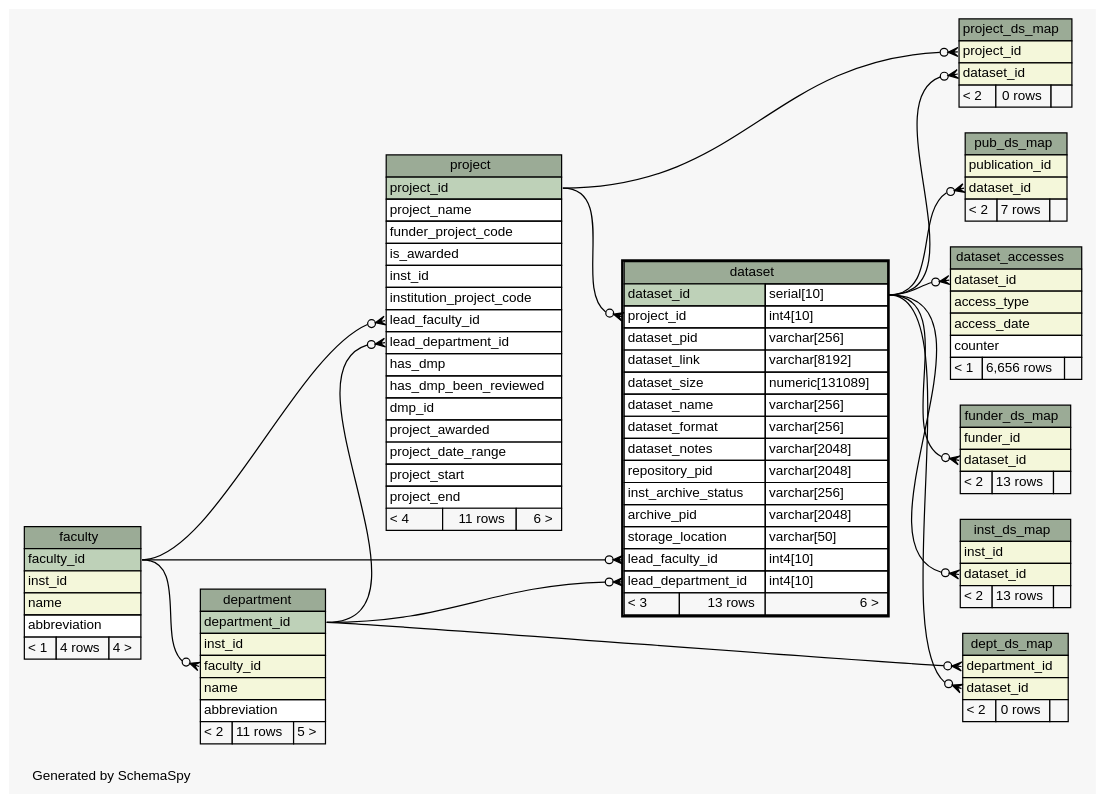
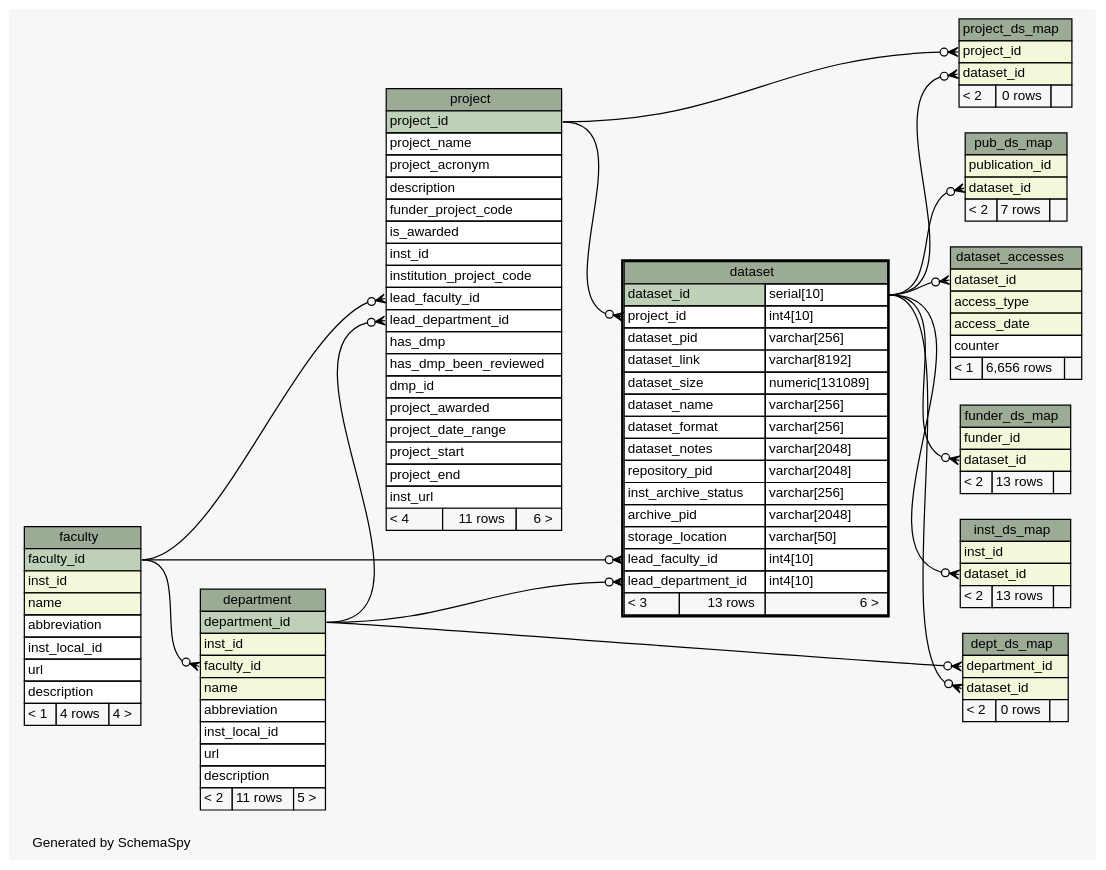
The diagram in ss.out/diagrams/dataset.1degree.dot (lulibrary/dmao_infrastructure), drawn with Graphviz before and after one commit. The commit also changed 120 other files, not shown here.

```diff
--- a/ss.out/diagrams/dataset.1degree.dot
+++ b/ss.out/diagrams/dataset.1degree.dot
@@ -1,178 +1,187 @@
-// dot 2.36.0 on Linux 3.13.0-62-generic
+// dot 2.38.0 on Linux 3.16.0-4-amd64
 // SchemaSpy rev 590
 digraph "oneDegreeRelationshipsDiagram" {
   graph [
     rankdir="RL"
     bgcolor="#f7f7f7"
     label="\nGenerated by SchemaSpy"
     labeljust="l"
     nodesep="0.18"
     ranksep="0.46"
     fontname="Helvetica"
     fontsize="11"
   ];
   node [
     fontname="Helvetica"
     fontsize="11"
     shape="plaintext"
   ];
   edge [
     arrowsize="0.8"
   ];
   "dataset":"lead_department_id":w -> "department":"department_id":e [arrowhead=none dir=back arrowtail=crowodot];
   "dataset":"lead_faculty_id":w -> "faculty":"faculty_id":e [arrowhead=none dir=back arrowtail=crowodot];
   "dataset":"project_id":w -> "project":"project_id":e [arrowhead=none dir=back arrowtail=crowodot];
   "dataset_accesses":"dataset_id":w -> "dataset":"dataset_id.type":e [arrowhead=none dir=back arrowtail=crowodot];
   "department":"faculty_id":w -> "faculty":"faculty_id":e [arrowhead=none dir=back arrowtail=crowodot];
   "dept_ds_map":"dataset_id":w -> "dataset":"dataset_id.type":e [arrowhead=none dir=back arrowtail=crowodot];
   "dept_ds_map":"department_id":w -> "department":"department_id":e [arrowhead=none dir=back arrowtail=crowodot];
   "funder_ds_map":"dataset_id":w -> "dataset":"dataset_id.type":e [arrowhead=none dir=back arrowtail=crowodot];
   "inst_ds_map":"dataset_id":w -> "dataset":"dataset_id.type":e [arrowhead=none dir=back arrowtail=crowodot];
   "project":"lead_department_id":w -> "department":"department_id":e [arrowhead=none dir=back arrowtail=crowodot];
   "project":"lead_faculty_id":w -> "faculty":"faculty_id":e [arrowhead=none dir=back arrowtail=crowodot];
   "project_ds_map":"dataset_id":w -> "dataset":"dataset_id.type":e [arrowhead=none dir=back arrowtail=crowodot];
   "project_ds_map":"project_id":w -> "project":"project_id":e [arrowhead=none dir=back arrowtail=crowodot];
   "pub_ds_map":"dataset_id":w -> "dataset":"dataset_id.type":e [arrowhead=none dir=back arrowtail=crowodot];
   "dataset" [
     label=<
     <TABLE BORDER="2" CELLBORDER="1" CELLSPACING="0" BGCOLOR="#ffffff">
       <TR><TD COLSPAN="3" BGCOLOR="#9bab96" ALIGN="CENTER">dataset</TD></TR>
       <TR><TD PORT="dataset_id" COLSPAN="2" BGCOLOR="#bed1b8" ALIGN="LEFT">dataset_id</TD><TD PORT="dataset_id.type" ALIGN="LEFT">serial[10]</TD></TR>
       <TR><TD PORT="project_id" COLSPAN="2" ALIGN="LEFT">project_id</TD><TD PORT="project_id.type" ALIGN="LEFT">int4[10]</TD></TR>
       <TR><TD PORT="dataset_pid" COLSPAN="2" ALIGN="LEFT">dataset_pid</TD><TD PORT="dataset_pid.type" ALIGN="LEFT">varchar[256]</TD></TR>
       <TR><TD PORT="dataset_link" COLSPAN="2" ALIGN="LEFT">dataset_link</TD><TD PORT="dataset_link.type" ALIGN="LEFT">varchar[8192]</TD></TR>
       <TR><TD PORT="dataset_size" COLSPAN="2" ALIGN="LEFT">dataset_size</TD><TD PORT="dataset_size.type" ALIGN="LEFT">numeric[131089]</TD></TR>
       <TR><TD PORT="dataset_name" COLSPAN="2" ALIGN="LEFT">dataset_name</TD><TD PORT="dataset_name.type" ALIGN="LEFT">varchar[256]</TD></TR>
       <TR><TD PORT="dataset_format" COLSPAN="2" ALIGN="LEFT">dataset_format</TD><TD PORT="dataset_format.type" ALIGN="LEFT">varchar[256]</TD></TR>
       <TR><TD PORT="dataset_notes" COLSPAN="2" ALIGN="LEFT">dataset_notes</TD><TD PORT="dataset_notes.type" ALIGN="LEFT">varchar[2048]</TD></TR>
       <TR><TD PORT="repository_pid" COLSPAN="2" ALIGN="LEFT">repository_pid</TD><TD PORT="repository_pid.type" ALIGN="LEFT">varchar[2048]</TD></TR>
       <TR><TD PORT="inst_archive_status" COLSPAN="2" ALIGN="LEFT">inst_archive_status</TD><TD PORT="inst_archive_status.type" ALIGN="LEFT">varchar[256]</TD></TR>
       <TR><TD PORT="archive_pid" COLSPAN="2" ALIGN="LEFT">archive_pid</TD><TD PORT="archive_pid.type" ALIGN="LEFT">varchar[2048]</TD></TR>
       <TR><TD PORT="storage_location" COLSPAN="2" ALIGN="LEFT">storage_location</TD><TD PORT="storage_location.type" ALIGN="LEFT">varchar[50]</TD></TR>
       <TR><TD PORT="lead_faculty_id" COLSPAN="2" ALIGN="LEFT">lead_faculty_id</TD><TD PORT="lead_faculty_id.type" ALIGN="LEFT">int4[10]</TD></TR>
       <TR><TD PORT="lead_department_id" COLSPAN="2" ALIGN="LEFT">lead_department_id</TD><TD PORT="lead_department_id.type" ALIGN="LEFT">int4[10]</TD></TR>
       <TR><TD ALIGN="LEFT" BGCOLOR="#f7f7f7">&lt; 3</TD><TD ALIGN="RIGHT" BGCOLOR="#f7f7f7">13 rows</TD><TD ALIGN="RIGHT" BGCOLOR="#f7f7f7">6 &gt;</TD></TR>
     </TABLE>>
     URL="dataset.html"
     tooltip="dataset"
   ];
   "dataset_accesses" [
     label=<
     <TABLE BORDER="0" CELLBORDER="1" CELLSPACING="0" BGCOLOR="#ffffff">
       <TR><TD COLSPAN="3" BGCOLOR="#9bab96" ALIGN="CENTER">dataset_accesses</TD></TR>
       <TR><TD PORT="dataset_id" COLSPAN="3" BGCOLOR="#f4f7da" ALIGN="LEFT">dataset_id</TD></TR>
       <TR><TD PORT="access_type" COLSPAN="3" BGCOLOR="#f4f7da" ALIGN="LEFT">access_type</TD></TR>
       <TR><TD PORT="access_date" COLSPAN="3" BGCOLOR="#f4f7da" ALIGN="LEFT">access_date</TD></TR>
       <TR><TD PORT="counter" COLSPAN="3" ALIGN="LEFT">counter</TD></TR>
       <TR><TD ALIGN="LEFT" BGCOLOR="#f7f7f7">&lt; 1</TD><TD ALIGN="RIGHT" BGCOLOR="#f7f7f7">6,656 rows</TD><TD ALIGN="RIGHT" BGCOLOR="#f7f7f7">  </TD></TR>
     </TABLE>>
     URL="dataset_accesses.html"
     tooltip="dataset_accesses"
   ];
   "department" [
     label=<
     <TABLE BORDER="0" CELLBORDER="1" CELLSPACING="0" BGCOLOR="#ffffff">
       <TR><TD COLSPAN="3" BGCOLOR="#9bab96" ALIGN="CENTER">department</TD></TR>
       <TR><TD PORT="department_id" COLSPAN="3" BGCOLOR="#bed1b8" ALIGN="LEFT">department_id</TD></TR>
       <TR><TD PORT="inst_id" COLSPAN="3" BGCOLOR="#f4f7da" ALIGN="LEFT">inst_id</TD></TR>
       <TR><TD PORT="faculty_id" COLSPAN="3" BGCOLOR="#f4f7da" ALIGN="LEFT">faculty_id</TD></TR>
       <TR><TD PORT="name" COLSPAN="3" BGCOLOR="#f4f7da" ALIGN="LEFT">name</TD></TR>
       <TR><TD PORT="abbreviation" COLSPAN="3" ALIGN="LEFT">abbreviation</TD></TR>
+      <TR><TD PORT="inst_local_id" COLSPAN="3" ALIGN="LEFT">inst_local_id</TD></TR>
+      <TR><TD PORT="url" COLSPAN="3" ALIGN="LEFT">url</TD></TR>
+      <TR><TD PORT="description" COLSPAN="3" ALIGN="LEFT">description</TD></TR>
       <TR><TD ALIGN="LEFT" BGCOLOR="#f7f7f7">&lt; 2</TD><TD ALIGN="RIGHT" BGCOLOR="#f7f7f7">11 rows</TD><TD ALIGN="RIGHT" BGCOLOR="#f7f7f7">5 &gt;</TD></TR>
     </TABLE>>
     URL="department.html"
     tooltip="department"
   ];
   "dept_ds_map" [
     label=<
     <TABLE BORDER="0" CELLBORDER="1" CELLSPACING="0" BGCOLOR="#ffffff">
       <TR><TD COLSPAN="3" BGCOLOR="#9bab96" ALIGN="CENTER">dept_ds_map</TD></TR>
       <TR><TD PORT="department_id" COLSPAN="3" BGCOLOR="#f4f7da" ALIGN="LEFT">department_id</TD></TR>
       <TR><TD PORT="dataset_id" COLSPAN="3" BGCOLOR="#f4f7da" ALIGN="LEFT">dataset_id</TD></TR>
       <TR><TD ALIGN="LEFT" BGCOLOR="#f7f7f7">&lt; 2</TD><TD ALIGN="RIGHT" BGCOLOR="#f7f7f7">0 rows</TD><TD ALIGN="RIGHT" BGCOLOR="#f7f7f7">  </TD></TR>
     </TABLE>>
     URL="dept_ds_map.html"
     tooltip="dept_ds_map"
   ];
   "faculty" [
     label=<
     <TABLE BORDER="0" CELLBORDER="1" CELLSPACING="0" BGCOLOR="#ffffff">
       <TR><TD COLSPAN="3" BGCOLOR="#9bab96" ALIGN="CENTER">faculty</TD></TR>
       <TR><TD PORT="faculty_id" COLSPAN="3" BGCOLOR="#bed1b8" ALIGN="LEFT">faculty_id</TD></TR>
       <TR><TD PORT="inst_id" COLSPAN="3" BGCOLOR="#f4f7da" ALIGN="LEFT">inst_id</TD></TR>
       <TR><TD PORT="name" COLSPAN="3" BGCOLOR="#f4f7da" ALIGN="LEFT">name</TD></TR>
       <TR><TD PORT="abbreviation" COLSPAN="3" ALIGN="LEFT">abbreviation</TD></TR>
+      <TR><TD PORT="inst_local_id" COLSPAN="3" ALIGN="LEFT">inst_local_id</TD></TR>
+      <TR><TD PORT="url" COLSPAN="3" ALIGN="LEFT">url</TD></TR>
+      <TR><TD PORT="description" COLSPAN="3" ALIGN="LEFT">description</TD></TR>
       <TR><TD ALIGN="LEFT" BGCOLOR="#f7f7f7">&lt; 1</TD><TD ALIGN="RIGHT" BGCOLOR="#f7f7f7">4 rows</TD><TD ALIGN="RIGHT" BGCOLOR="#f7f7f7">4 &gt;</TD></TR>
     </TABLE>>
     URL="faculty.html"
     tooltip="faculty"
   ];
   "funder_ds_map" [
     label=<
     <TABLE BORDER="0" CELLBORDER="1" CELLSPACING="0" BGCOLOR="#ffffff">
       <TR><TD COLSPAN="3" BGCOLOR="#9bab96" ALIGN="CENTER">funder_ds_map</TD></TR>
       <TR><TD PORT="funder_id" COLSPAN="3" BGCOLOR="#f4f7da" ALIGN="LEFT">funder_id</TD></TR>
       <TR><TD PORT="dataset_id" COLSPAN="3" BGCOLOR="#f4f7da" ALIGN="LEFT">dataset_id</TD></TR>
       <TR><TD ALIGN="LEFT" BGCOLOR="#f7f7f7">&lt; 2</TD><TD ALIGN="RIGHT" BGCOLOR="#f7f7f7">13 rows</TD><TD ALIGN="RIGHT" BGCOLOR="#f7f7f7">  </TD></TR>
     </TABLE>>
     URL="funder_ds_map.html"
     tooltip="funder_ds_map"
   ];
   "inst_ds_map" [
     label=<
     <TABLE BORDER="0" CELLBORDER="1" CELLSPACING="0" BGCOLOR="#ffffff">
       <TR><TD COLSPAN="3" BGCOLOR="#9bab96" ALIGN="CENTER">inst_ds_map</TD></TR>
       <TR><TD PORT="inst_id" COLSPAN="3" BGCOLOR="#f4f7da" ALIGN="LEFT">inst_id</TD></TR>
       <TR><TD PORT="dataset_id" COLSPAN="3" BGCOLOR="#f4f7da" ALIGN="LEFT">dataset_id</TD></TR>
       <TR><TD ALIGN="LEFT" BGCOLOR="#f7f7f7">&lt; 2</TD><TD ALIGN="RIGHT" BGCOLOR="#f7f7f7">13 rows</TD><TD ALIGN="RIGHT" BGCOLOR="#f7f7f7">  </TD></TR>
     </TABLE>>
     URL="inst_ds_map.html"
     tooltip="inst_ds_map"
   ];
   "project" [
     label=<
     <TABLE BORDER="0" CELLBORDER="1" CELLSPACING="0" BGCOLOR="#ffffff">
       <TR><TD COLSPAN="3" BGCOLOR="#9bab96" ALIGN="CENTER">project</TD></TR>
       <TR><TD PORT="project_id" COLSPAN="3" BGCOLOR="#bed1b8" ALIGN="LEFT">project_id</TD></TR>
       <TR><TD PORT="project_name" COLSPAN="3" ALIGN="LEFT">project_name</TD></TR>
+      <TR><TD PORT="project_acronym" COLSPAN="3" ALIGN="LEFT">project_acronym</TD></TR>
+      <TR><TD PORT="description" COLSPAN="3" ALIGN="LEFT">description</TD></TR>
       <TR><TD PORT="funder_project_code" COLSPAN="3" ALIGN="LEFT">funder_project_code</TD></TR>
       <TR><TD PORT="is_awarded" COLSPAN="3" ALIGN="LEFT">is_awarded</TD></TR>
       <TR><TD PORT="inst_id" COLSPAN="3" ALIGN="LEFT">inst_id</TD></TR>
       <TR><TD PORT="institution_project_code" COLSPAN="3" ALIGN="LEFT">institution_project_code</TD></TR>
       <TR><TD PORT="lead_faculty_id" COLSPAN="3" ALIGN="LEFT">lead_faculty_id</TD></TR>
       <TR><TD PORT="lead_department_id" COLSPAN="3" ALIGN="LEFT">lead_department_id</TD></TR>
       <TR><TD PORT="has_dmp" COLSPAN="3" ALIGN="LEFT">has_dmp</TD></TR>
       <TR><TD PORT="has_dmp_been_reviewed" COLSPAN="3" ALIGN="LEFT">has_dmp_been_reviewed</TD></TR>
       <TR><TD PORT="dmp_id" COLSPAN="3" ALIGN="LEFT">dmp_id</TD></TR>
       <TR><TD PORT="project_awarded" COLSPAN="3" ALIGN="LEFT">project_awarded</TD></TR>
       <TR><TD PORT="project_date_range" COLSPAN="3" ALIGN="LEFT">project_date_range</TD></TR>
       <TR><TD PORT="project_start" COLSPAN="3" ALIGN="LEFT">project_start</TD></TR>
       <TR><TD PORT="project_end" COLSPAN="3" ALIGN="LEFT">project_end</TD></TR>
+      <TR><TD PORT="inst_url" COLSPAN="3" ALIGN="LEFT">inst_url</TD></TR>
       <TR><TD ALIGN="LEFT" BGCOLOR="#f7f7f7">&lt; 4</TD><TD ALIGN="RIGHT" BGCOLOR="#f7f7f7">11 rows</TD><TD ALIGN="RIGHT" BGCOLOR="#f7f7f7">6 &gt;</TD></TR>
     </TABLE>>
     URL="project.html"
     tooltip="project"
   ];
   "project_ds_map" [
     label=<
     <TABLE BORDER="0" CELLBORDER="1" CELLSPACING="0" BGCOLOR="#ffffff">
       <TR><TD COLSPAN="3" BGCOLOR="#9bab96" ALIGN="CENTER">project_ds_map</TD></TR>
       <TR><TD PORT="project_id" COLSPAN="3" BGCOLOR="#f4f7da" ALIGN="LEFT">project_id</TD></TR>
       <TR><TD PORT="dataset_id" COLSPAN="3" BGCOLOR="#f4f7da" ALIGN="LEFT">dataset_id</TD></TR>
       <TR><TD ALIGN="LEFT" BGCOLOR="#f7f7f7">&lt; 2</TD><TD ALIGN="RIGHT" BGCOLOR="#f7f7f7">0 rows</TD><TD ALIGN="RIGHT" BGCOLOR="#f7f7f7">  </TD></TR>
     </TABLE>>
     URL="project_ds_map.html"
     tooltip="project_ds_map"
   ];
   "pub_ds_map" [
     label=<
     <TABLE BORDER="0" CELLBORDER="1" CELLSPACING="0" BGCOLOR="#ffffff">
       <TR><TD COLSPAN="3" BGCOLOR="#9bab96" ALIGN="CENTER">pub_ds_map</TD></TR>
       <TR><TD PORT="publication_id" COLSPAN="3" BGCOLOR="#f4f7da" ALIGN="LEFT">publication_id</TD></TR>
       <TR><TD PORT="dataset_id" COLSPAN="3" BGCOLOR="#f4f7da" ALIGN="LEFT">dataset_id</TD></TR>
       <TR><TD ALIGN="LEFT" BGCOLOR="#f7f7f7">&lt; 2</TD><TD ALIGN="RIGHT" BGCOLOR="#f7f7f7">7 rows</TD><TD ALIGN="RIGHT" BGCOLOR="#f7f7f7">  </TD></TR>
     </TABLE>>
     URL="pub_ds_map.html"
     tooltip="pub_ds_map"
   ];
 }
```
